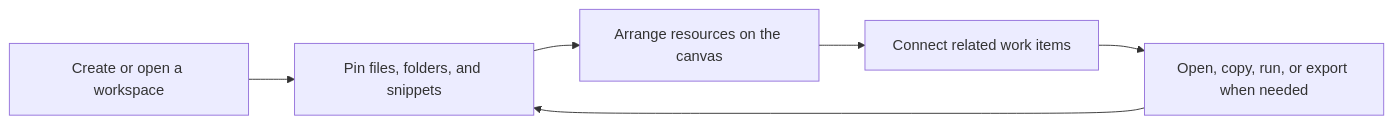
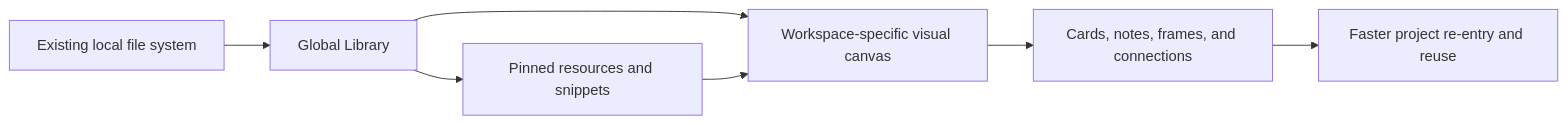
The first of 2 diagrams in README.md (QiushanHuang/MyDesk), drawn with Mermaid before and after one commit. The commit also changed other lines of this file and 13 other files, not shown here.

Commit message:
Release v1.2.0 visual workflow canvas

````diff
--- a/README.md
+++ b/README.md
@@ -82,8 +65,9 @@
 ```mermaid
 flowchart LR
-    A["Create or open a workspace"] --> B["Pin files, folders, and snippets"]
-    B --> C["Arrange resources on the canvas"]
-    C --> D["Connect related work items"]
-    D --> E["Open, copy, run, or export when needed"]
-    E --> B
+    A["Existing local file system"] --> B["Global Library"]
+    B --> C["Workspace-specific visual canvas"]
+    C --> D["Cards, notes, frames, and connections"]
+    D --> E["Faster project re-entry and reuse"]
+    B --> F["Pinned resources and snippets"]
+    F --> C
 ```
````
